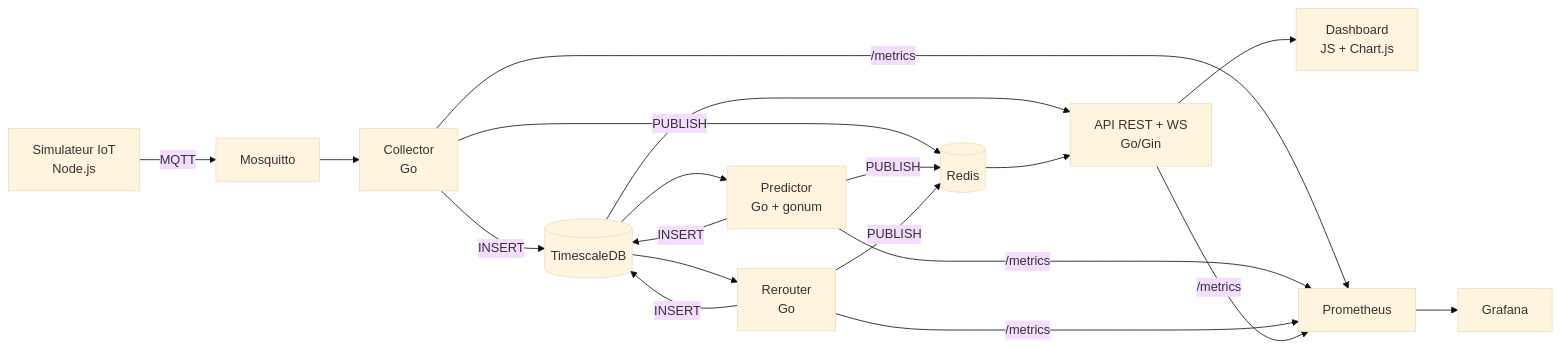
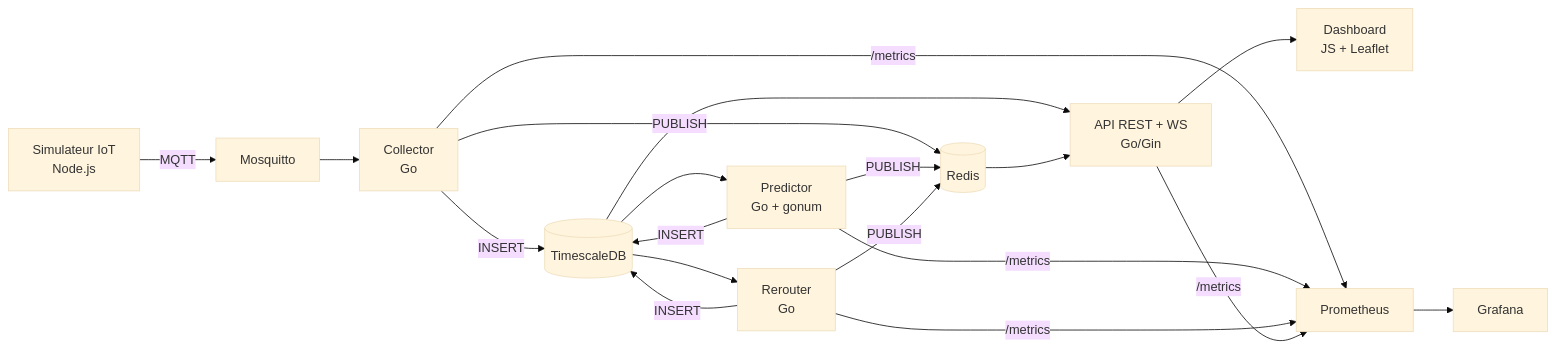
One commit to 2zrhun/City-flow changed the diagram in README.md. Above: the diagram before and after it, drawn with Mermaid (base theme). The commit also changed other lines of this file and 8 other files, not shown here.

````diff
--- a/README.md
+++ b/README.md
@@ -9,18 +9,18 @@
 ```mermaid
 flowchart LR
   SIM[Simulateur IoT<br/>Node.js] -->|MQTT| MQTT[Mosquitto]
   MQTT --> COL[Collector<br/>Go]
   COL -->|INSERT| TSDB[(TimescaleDB)]
   COL -->|PUBLISH| REDIS[(Redis)]
   TSDB --> PRED[Predictor<br/>Go + gonum]
   PRED -->|INSERT| TSDB
   PRED -->|PUBLISH| REDIS
   TSDB --> RER[Rerouter<br/>Go]
   RER -->|INSERT| TSDB
   RER -->|PUBLISH| REDIS
   TSDB --> API[API REST + WS<br/>Go/Gin]
   REDIS --> API
-  API --> DASH[Dashboard<br/>JS + Chart.js]
+  API --> DASH[Dashboard<br/>JS + Leaflet]
   COL & PRED & RER & API -->|/metrics| PROM[Prometheus]
   PROM --> GRAF[Grafana]
 ```
````
